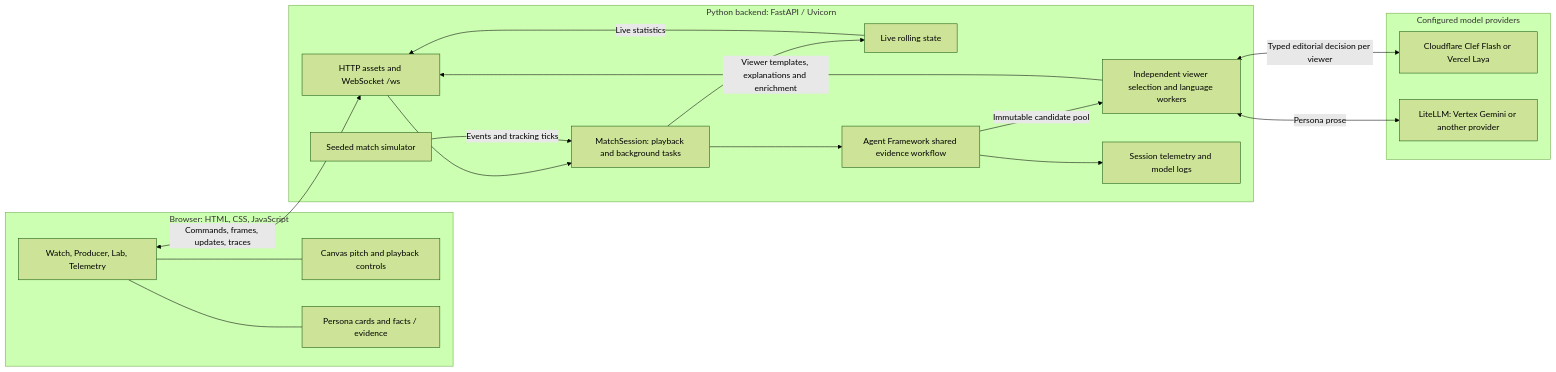
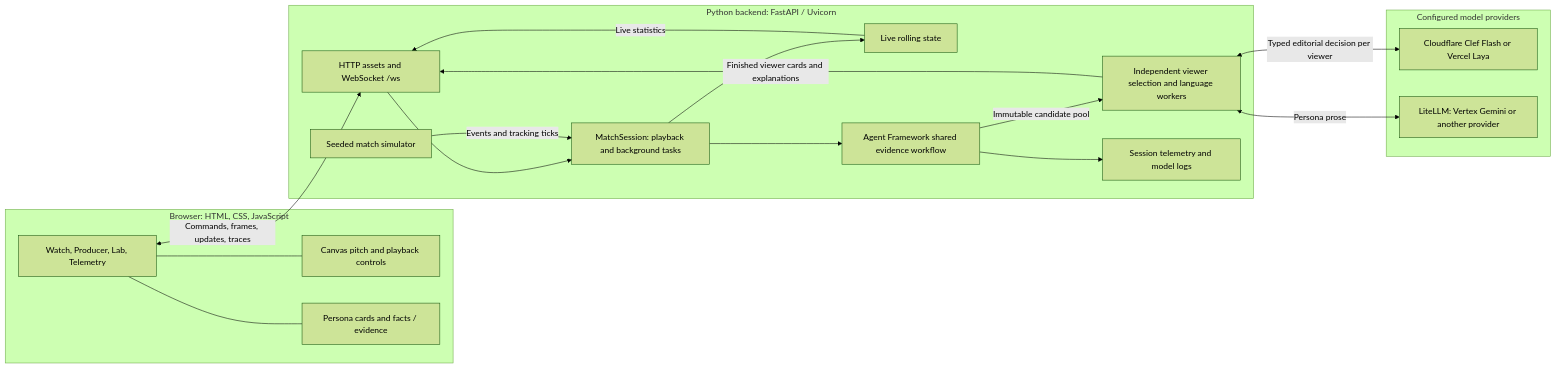
The first of 4 diagrams in ARCHITECTURE.md (shantanu1singh/matchos), drawn with Mermaid (forest theme) before and after one commit. The commit also changed other lines of this file and 30 other files, not shown here.

````diff
--- a/ARCHITECTURE.md
+++ b/ARCHITECTURE.md
@@ -9,37 +9,37 @@
 ```mermaid
 flowchart LR
     subgraph Browser["Browser: HTML, CSS, JavaScript"]
         UI["Watch, Producer, Lab, Telemetry"]
         Pitch["Canvas pitch and playback controls"]
         Views["Persona cards and facts / evidence"]
         UI --- Pitch
         UI --- Views
     end
 
     subgraph Backend["Python backend: FastAPI / Uvicorn"]
         Server["HTTP assets and WebSocket /ws"]
         Session["MatchSession: playback and background tasks"]
         Simulator["Seeded match simulator"]
         LiveState["Live rolling state"]
         Workflow["Agent Framework shared evidence workflow"]
         Viewers["Independent viewer selection and language workers"]
         Traces["Session telemetry and model logs"]
         Server --> Session
         Simulator -->|"Events and tracking ticks"| Session
         Session --> LiveState
         Session --> Workflow
         Workflow -->|"Immutable candidate pool"| Viewers
         Workflow --> Traces
     end
 
     subgraph Providers["Configured model providers"]
         Decision["Cloudflare Clef Flash or Vercel Laya"]
         Language["LiteLLM: Vertex Gemini or another provider"]
     end
 
     UI <-->|"Commands, frames, updates, traces"| Server
     LiveState -->|"Live statistics"| Server
-    Viewers -->|"Viewer templates, explanations and enrichment"| Server
+    Viewers -->|"Finished viewer cards and explanations"| Server
     Viewers <-->|"Typed editorial decision per viewer"| Decision
     Viewers <-->|"Persona prose"| Language
 ```
````
